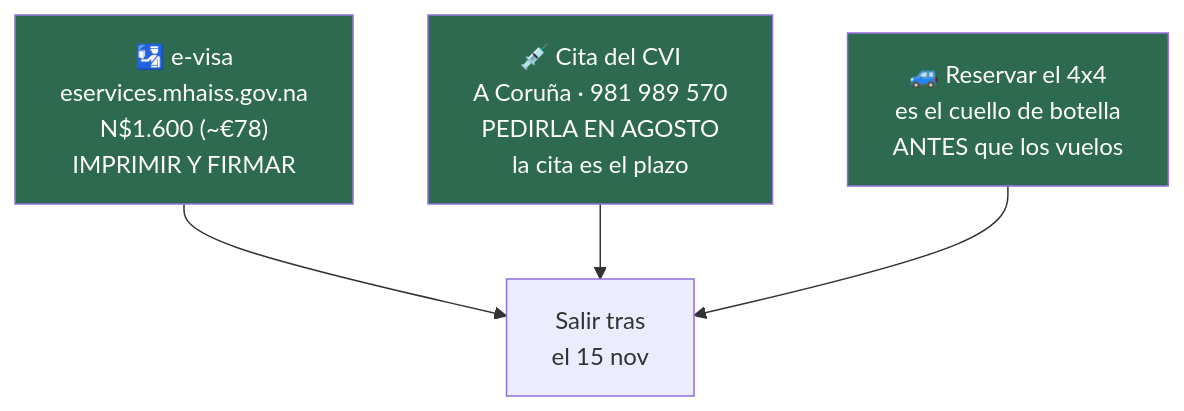
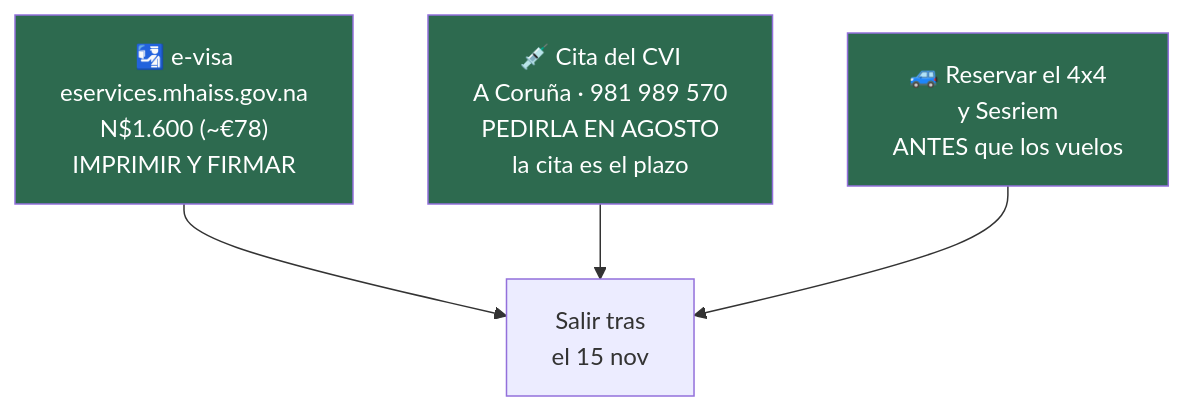
Before and after one commit to morandeirachema/namibia: the eighth of 10 diagrams in README.md, drawn with Mermaid. The commit also changed other lines of this file, not shown here.

````diff
--- a/README.md
+++ b/README.md
@@ -222,12 +223,12 @@
 ```mermaid
 flowchart TD
     A["🛂 e-visa<br/>eservices.mhaiss.gov.na<br/>N$1.600 (~€78)<br/>IMPRIMIR Y FIRMAR"]
     B["💉 Cita del CVI<br/>A Coruña · 981 989 570<br/>PEDIRLA EN AGOSTO<br/>la cita es el plazo"]
-    C["🚙 Reservar el 4x4<br/>es el cuello de botella<br/>ANTES que los vuelos"]
+    C["🚙 Reservar el 4x4<br/>y Sesriem<br/>ANTES que los vuelos"]
     A --> D["Salir tras<br/>el 15 nov"]
     B --> D
     C --> D
     style A fill:#2d6a4f,color:#fff
     style B fill:#2d6a4f,color:#fff
     style C fill:#2d6a4f,color:#fff
 ```
````
